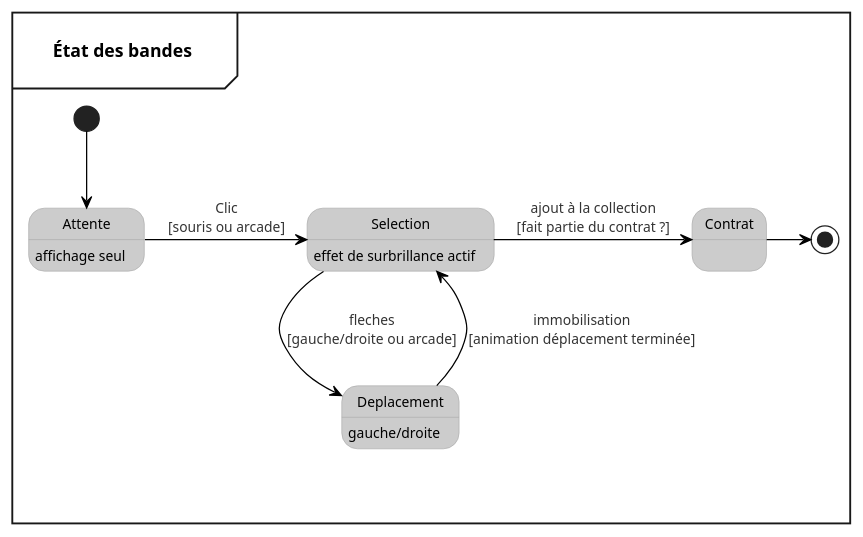
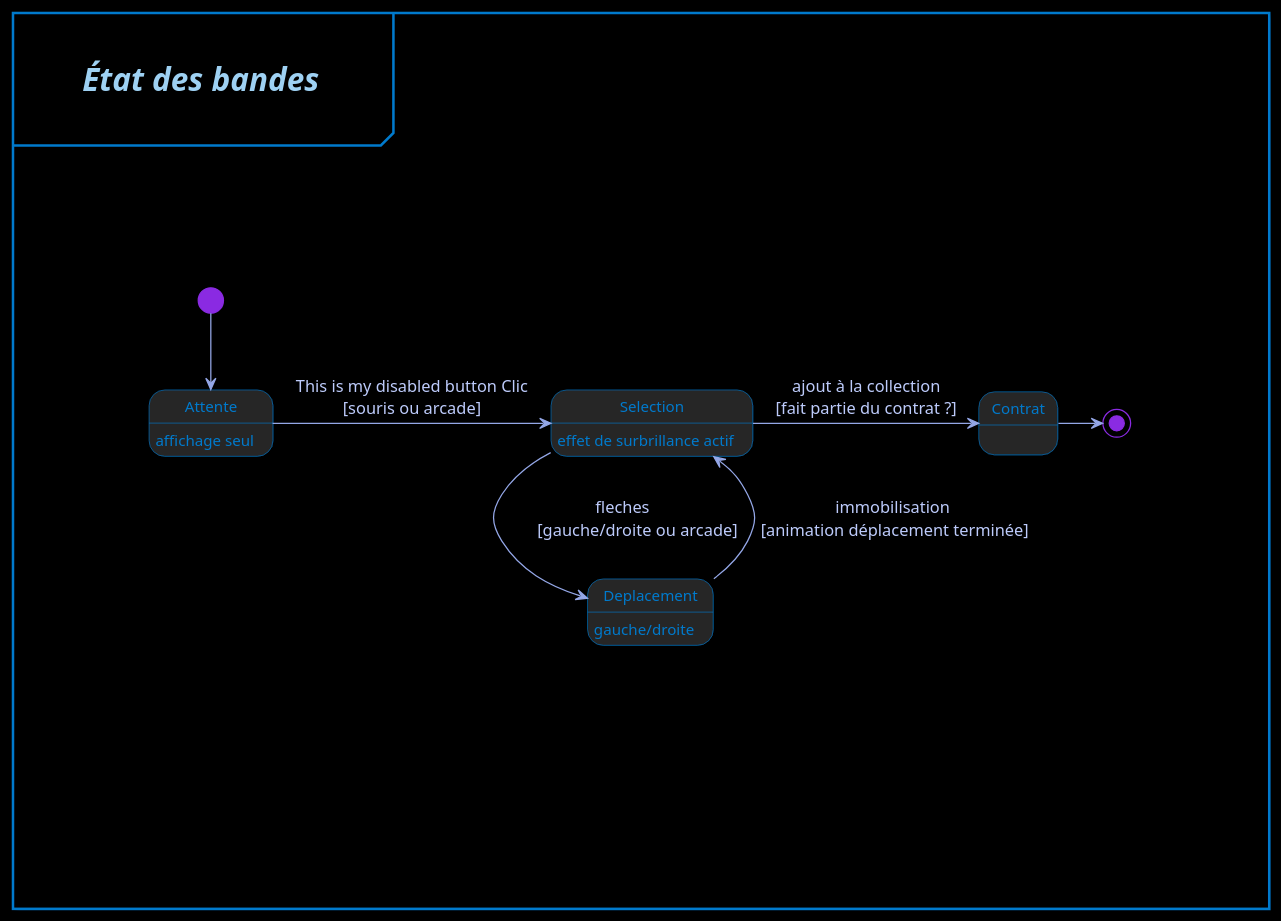
Before and after one commit to MaiveCL/Projet_session_JV: the diagram in docs/uml/puml/BandesStateDiagram.puml, drawn with PlantUML.

Commit message:
Diagramme d'état jolie

```diff
--- a/docs/uml/puml/BandesStateDiagram.puml
+++ b/docs/uml/puml/BandesStateDiagram.puml
@@ -1,17 +1,44 @@
 @startuml "État des bandes"
-!theme reddress-lightred
-
-mainframe  \n\t**État des bandes**\t\n
+' Définir le style global
+skinparam {
+    backgroundColor #000000ff
+    shadowing true
+    FontName "Consolas"
+    ArrowColor #94a7e7ff
+    ArrowFontColor #bdcbfbff
+    StartColor #007acc
+    EndColor #bdcbfb
+}
+' Style pour les states
+skinparam state {
+    BackgroundColor #252526
+    fontColor #007acc
+    BorderColor #007acc
+    FontName "Consolas"
+    FontSize 12
+}
+<style>
+mainframe {
+  LineColor #007acc
+  LineThickness 2.0
+  FontColor #9ed1f3ff
+  FontSize 25
+  FontStyle italic
+  Margin 50
+  Padding 100
+}
+</style>
+mainframe \n\t**État des bandes**\t\n
 
     state Attente : affichage seul
     state Selection : effet de surbrillance actif
     state Deplacement : gauche/droite
     state Contrat
 
-    [*] --> Attente
-    Attente -> Selection : Clic\n[souris ou arcade]
-    Selection -> Deplacement : fleches\n[gauche/droite ou arcade]
-    Deplacement --> Selection :immobilisation\n[animation déplacement terminée]
+    [*] #BlueViolet --> Attente
+    Attente -> Selection : This is my disabled button Clic\n[souris ou arcade]
+    Selection -> Deplacement : fleches\n\t[gauche/droite ou arcade]\t
+    Deplacement --> Selection :immobilisation\n [animation déplacement terminée]
     Selection -> Contrat :ajout à la collection\n[fait partie du contrat ?]
-    Contrat -> [*]
+    Contrat -> [*] #BlueViolet
 @enduml
```
